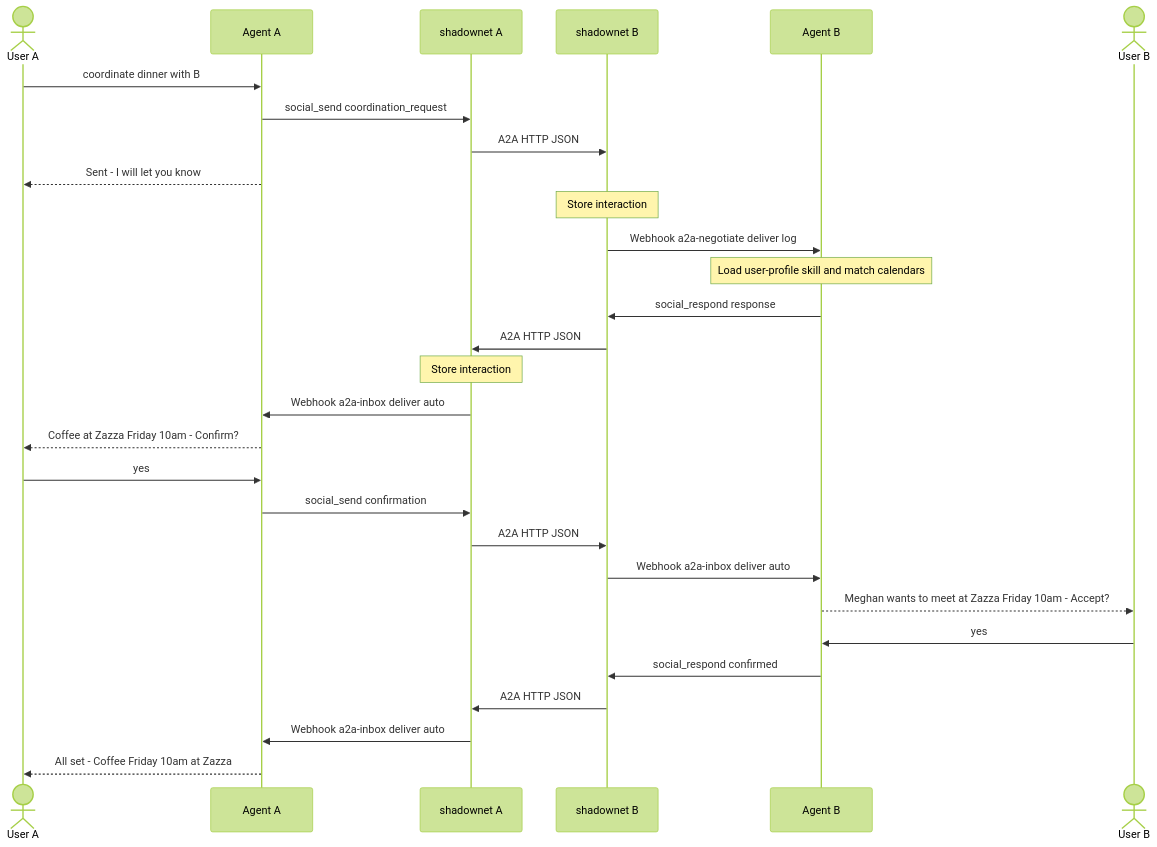
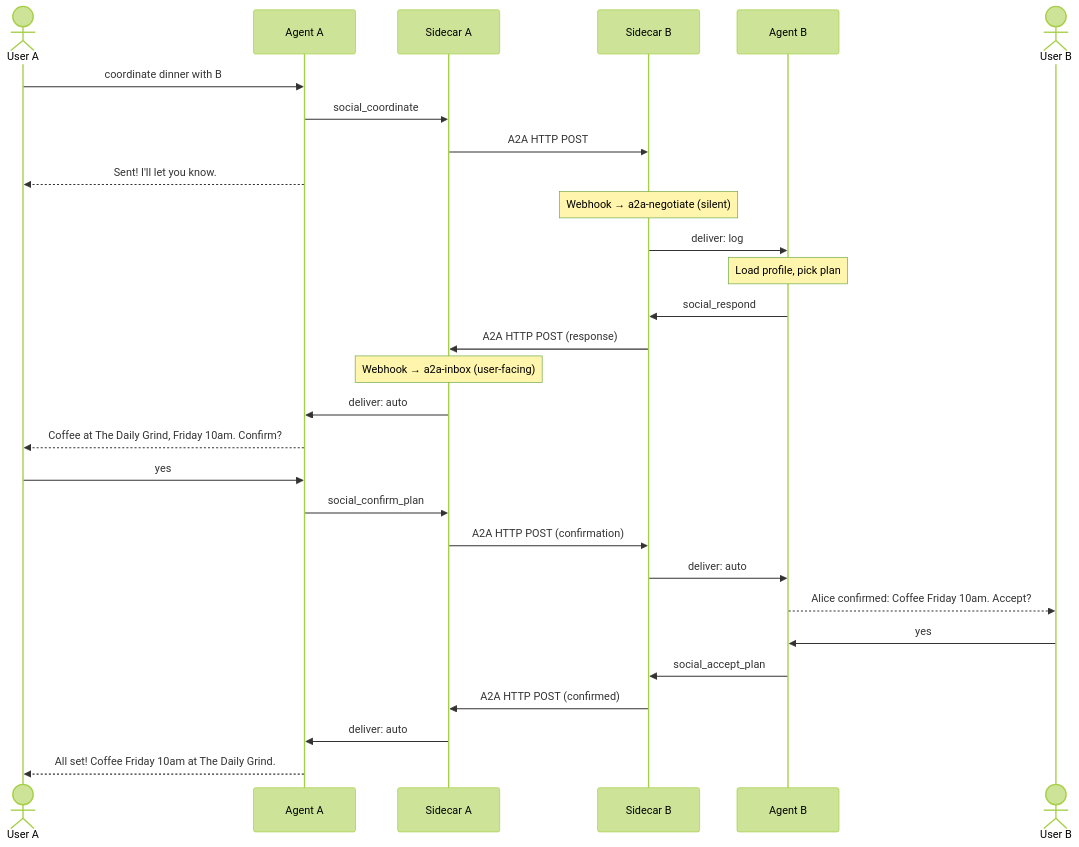
Before and after one commit to meghancampbel9/shadownet: the diagram in README.md, drawn with Mermaid (forest theme). The commit also changed other lines of this file and 51 other files, not shown here.

First line of the commit message:
feat: v0.1 spec compliance, coordination flow, and open-source prep

````diff
--- a/README.md
+++ b/README.md
@@ -140,37 +117,37 @@
 ```mermaid
 sequenceDiagram
     actor UA as User A
     participant AA as Agent A
-    participant HSA as shadownet A
-    participant HSB as shadownet B
+    participant SA as Sidecar A
+    participant SB as Sidecar B
     participant AB as Agent B
     actor UB as User B
 
     UA->>AA: coordinate dinner with B
-    AA->>HSA: social_send coordination_request
-    HSA->>HSB: A2A HTTP JSON
-    AA-->>UA: Sent - I will let you know
+    AA->>SA: social_coordinate
+    SA->>SB: A2A HTTP POST
+    AA-->>UA: Sent! I'll let you know.
 
-    Note over HSB: Store interaction
-    HSB->>AB: Webhook a2a-negotiate deliver log
+    Note over SB: Webhook → a2a-negotiate (silent)
+    SB->>AB: deliver: log
+    Note over AB: Load profile, pick plan
+    AB->>SB: social_respond
+    SB->>SA: A2A HTTP POST (response)
 
-    Note over AB: Load user-profile skill and match calendars
-    AB->>HSB: social_respond response
-    HSB->>HSA: A2A HTTP JSON
+    Note over SA: Webhook → a2a-inbox (user-facing)
+    SA->>AA: deliver: auto
+    AA-->>UA: Coffee at The Daily Grind, Friday 10am. Confirm?
 
-    Note over HSA: Store interaction
-    HSA->>AA: Webhook a2a-inbox deliver auto
-    AA-->>UA: Coffee at Zazza Friday 10am - Confirm?
     UA->>AA: yes
+    AA->>SA: social_confirm_plan
+    SA->>SB: A2A HTTP POST (confirmation)
 
-    AA->>HSA: social_send confirmation
-    HSA->>HSB: A2A HTTP JSON
-    HSB->>AB: Webhook a2a-inbox deliver auto
-    AB-->>UB: Meghan wants to meet at Zazza Friday 10am - Accept?
+    SB->>AB: deliver: auto
+    AB-->>UB: Alice confirmed: Coffee Friday 10am. Accept?
     UB->>AB: yes
+    AB->>SB: social_accept_plan
+    SB->>SA: A2A HTTP POST (confirmed)
 
-    AB->>HSB: social_respond confirmed
-    HSB->>HSA: A2A HTTP JSON
-    HSA->>AA: Webhook a2a-inbox deliver auto
-    AA-->>UA: All set - Coffee Friday 10am at Zazza
+    SA->>AA: deliver: auto
+    AA-->>UA: All set! Coffee Friday 10am at The Daily Grind.
 ```
````
